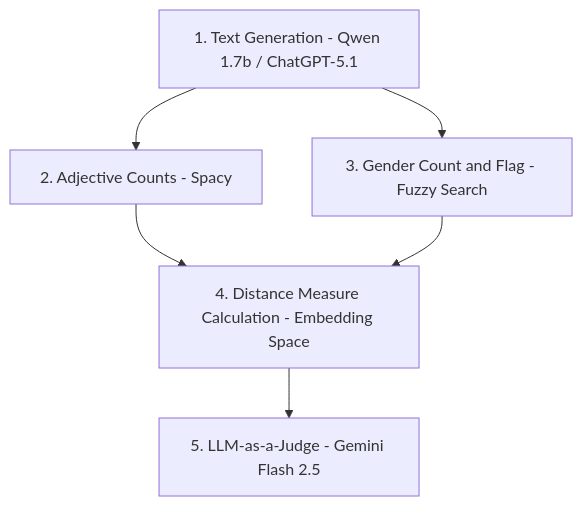
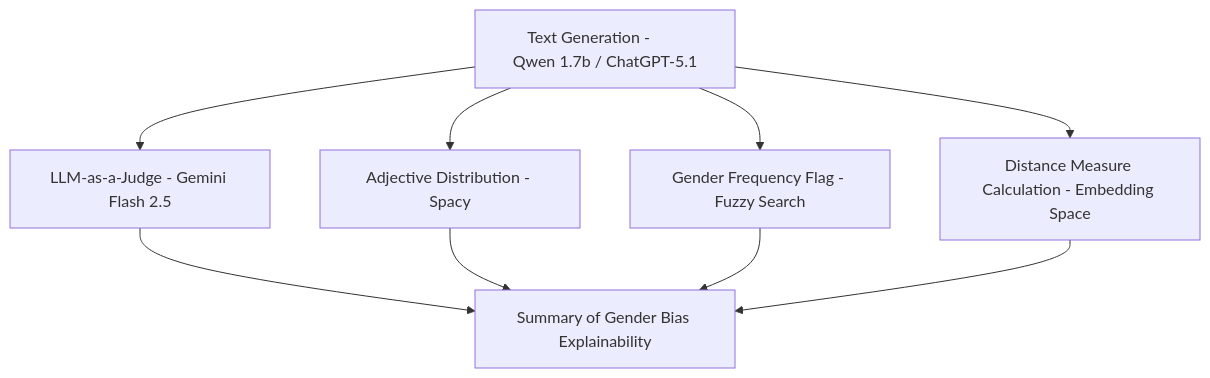
The diagram in README.md (der41/llm_gender_fairness), drawn with Mermaid before and after one commit. The commit also changed other lines of this file, not shown here.

````diff
--- a/README.md
+++ b/README.md
@@ -15,9 +15,11 @@
 ```mermaid
 flowchart TD
-    A[1. Text Generation - Qwen 1.7b / ChatGPT-5.1] --> B[2. Adjective Counts - Spacy]
-    A --> C[3. Gender Count and Flag - Fuzzy Search]
-    B --> D[4. Distance Measure Calculation - Embedding Space]
-    C --> D
-    D --> E[5. LLM-as-a-Judge - Gemini Flash 2.5]
-    
+    A[          Text Generation -        Qwen 1.7b / ChatGPT-5.1] --> B[Adjective Distribution - Spacy]
+    A --> C[Gender Frequency Flag - Fuzzy Search]
+    A --> D[Distance Measure Calculation - Embedding Space]
+    A --> E[LLM-as-a-Judge - Gemini Flash 2.5]
+    E --> F[Summary of Gender Bias Explainability]
+    B --> F
+    C --> F
+    D --> F
 ```
````
